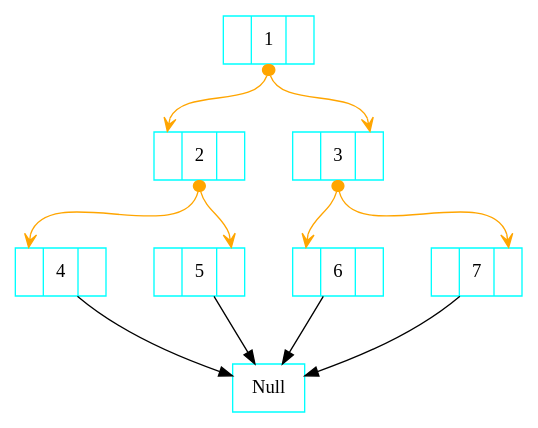
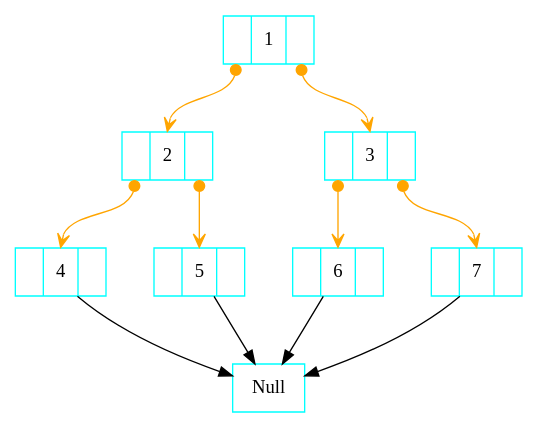
One commit to rogue-119/4883-SoftwareTools-Chirumamilla changed the diagram in Assignments/A04/bst.dot. Above: the diagram before and after it, drawn with Graphviz.

```diff
--- a/Assignments/A04/bst.dot
+++ b/Assignments/A04/bst.dot
@@ -1,34 +1,34 @@
 digraph linkedlist {
     //rankdir=LR;
     
     node [shape=record color=cyan]
     
      nodesep=0.5; 
      ranksep=0.7;
     
     // Define the nodes
     A [label="<left>|<data> 1| <right>"];
     B [label="<left>|<data> 2| <right>"];
     C [label="<left>|<data> 3| <right>"];
     D [label="<left>|<data> 4| <right>"];
     E [label="<left>|<data> 5| <right>"];
     F [label="<left>|<data> 6| <right>"];
     G [label="<left>|<data> 7| <right>"];
     
     
     // Define the edges
-    A:data -> B:left [arrowhead=vee, arrowtail=dot, color=orange, dir=both, tailclip=false];
-    A:data -> C:right [arrowhead=vee, arrowtail=dot, color=orange, dir=both, tailclip=false];
-    B:data -> D:left [arrowhead=vee, arrowtail=dot, color=orange, dir=both, tailclip=false];
-    B:data-> E:right [arrowhead=vee, arrowtail=dot, color=orange, dir=both, tailclip=false];
-    C:data -> F:left [arrowhead=vee, arrowtail=dot, color=orange, dir=both, tailclip=false];
-    C:data -> G:right [arrowhead=vee, arrowtail=dot, color=orange, dir=both, tailclip=false];
+    A:left -> B:data [arrowhead=vee, arrowtail=dot, color=orange, dir=both, tailclip=false];
+    A:right -> C:data [arrowhead=vee, arrowtail=dot, color=orange, dir=both, tailclip=false];
+    B:left -> D:data [arrowhead=vee, arrowtail=dot, color=orange, dir=both, tailclip=false];
+    B:right-> E:data [arrowhead=vee, arrowtail=dot, color=orange, dir=both, tailclip=false];
+    C:left -> F:data [arrowhead=vee, arrowtail=dot, color=orange, dir=both, tailclip=false];
+    C:right -> G:data [arrowhead=vee, arrowtail=dot, color=orange, dir=both, tailclip=false];
     
     D:DATA -> Null 
     E:DATA -> Null 
     F:DATA -> Null
     G:DATA -> Null
     
     
   
 }
```
